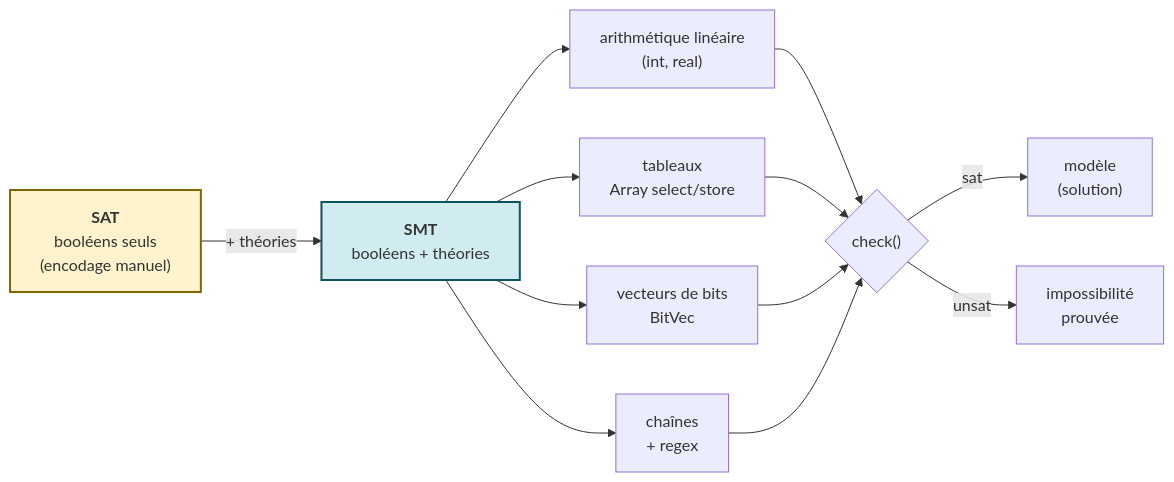
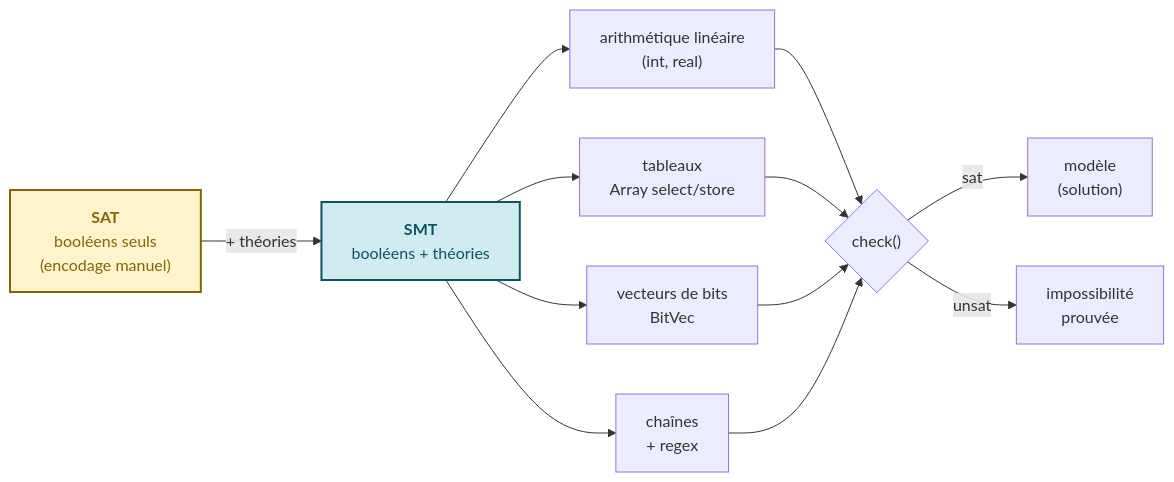
Before and after one commit to jsboige/CoursIA: the diagram in MyIA.AI.Notebooks/SymbolicAI/SMT/README.md, drawn with Mermaid. The commit also changed 3 other files, not shown here.

First line of the commit message:
fix(docs,#15516): color: explicite sur les regles mermaid fill: du reste de la fouree (GameTheory/SMT/Tweety/slides, 4 fichiers, 11 regles)

````diff
--- a/MyIA.AI.Notebooks/SymbolicAI/SMT/README.md
+++ b/MyIA.AI.Notebooks/SymbolicAI/SMT/README.md
@@ -20,24 +20,25 @@
 ```mermaid
 flowchart LR
     SAT["<b>SAT</b><br/>booléens seuls<br/>(encodage manuel)"]
     SMT["<b>SMT</b><br/>booléens + théories"]
     SAT -->|"+ théories"| SMT
     TH1["arithmétique linéaire<br/>(int, real)"]
     TH2["tableaux<br/>Array select/store"]
     TH3["vecteurs de bits<br/>BitVec"]
     TH4["chaînes<br/>+ regex"]
     SMT --> TH1
     SMT --> TH2
     SMT --> TH3
     SMT --> TH4
     TH1 --> V{"check()"}
     TH2 --> V
     TH3 --> V
     TH4 --> V
     V -->|"sat"| M["modèle<br/>(solution)"]
     V -->|"unsat"| U["impossibilité<br/>prouvée"]
-    classDef sat fill:#fff3cd,stroke:#856404,stroke-width:2px;
-    classDef smt fill:#d1ecf1,stroke:#0c5460,stroke-width:2px;
+    %% color: explicite -- sans lui, libelle clair sur fond clair en mode sombre GitHub (#15022) ; ton parfois plus fonce que le stroke (le stroke en couleur de texte rendrait infer illisible) : ne pas harmoniser
+    classDef sat fill:#fff3cd,stroke:#856404,stroke-width:2px,color:#856404;
+    classDef smt fill:#d1ecf1,stroke:#0c5460,stroke-width:2px,color:#0c5460;
     class SAT sat;
     class SMT smt;
 ```
````
